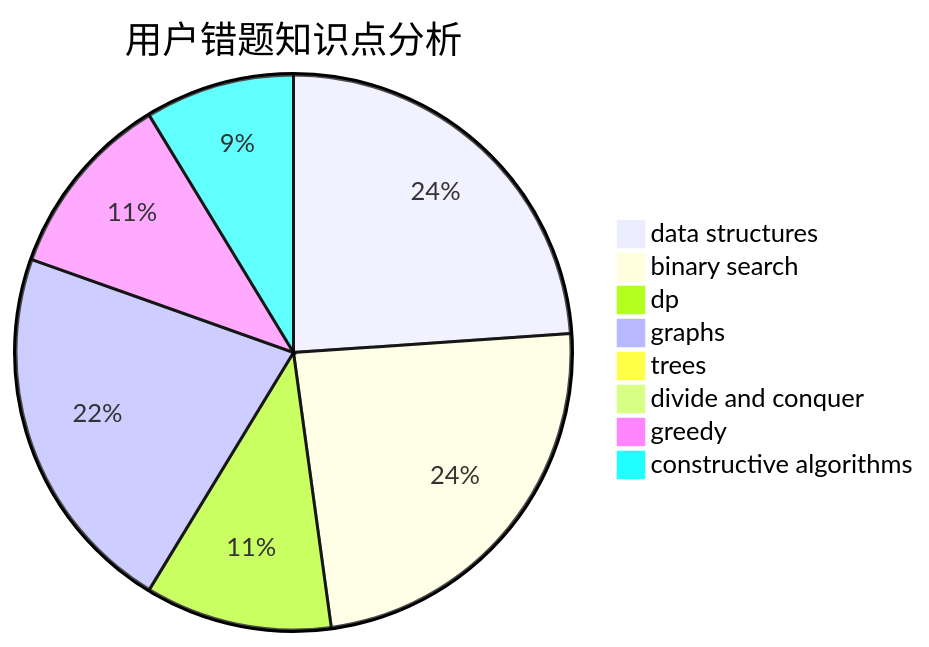
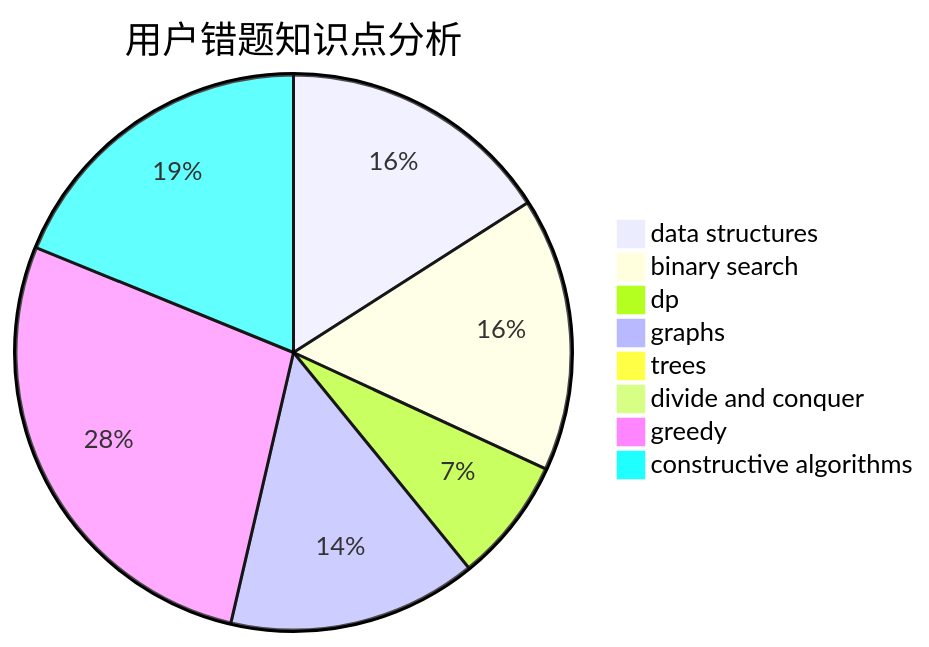
One commit to sherpahu/cfrs.github.io changed the third of 3 diagrams in docs/user/u44.md. Above: the diagram before and after it, drawn with Mermaid. The commit also changed other lines of this file and 2770 other files, not shown here.

````diff
--- a/docs/user/u44.md
+++ b/docs/user/u44.md
@@ -36,11 +36,11 @@
 ```mermaid
 pie title 用户错题知识点分析
     "data structures" :  11
     "binary search" :  11
     "dp" :  5
     "graphs" :  10
     "trees" :  0
     "divide and conquer" :  0
-    "greedy" :  5
-    "constructive algorithms" :  4
+    "greedy" :  19
+    "constructive algorithms" :  13
 ```
````
